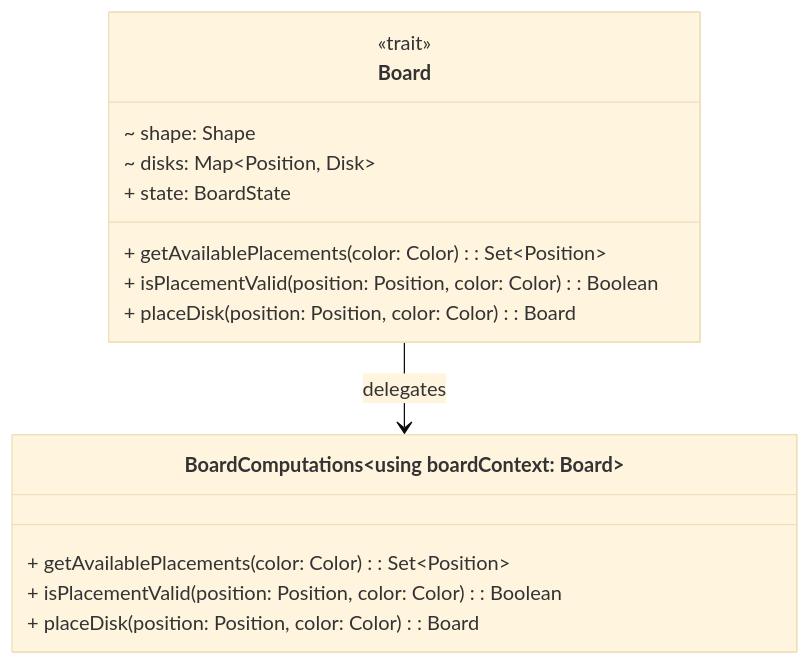
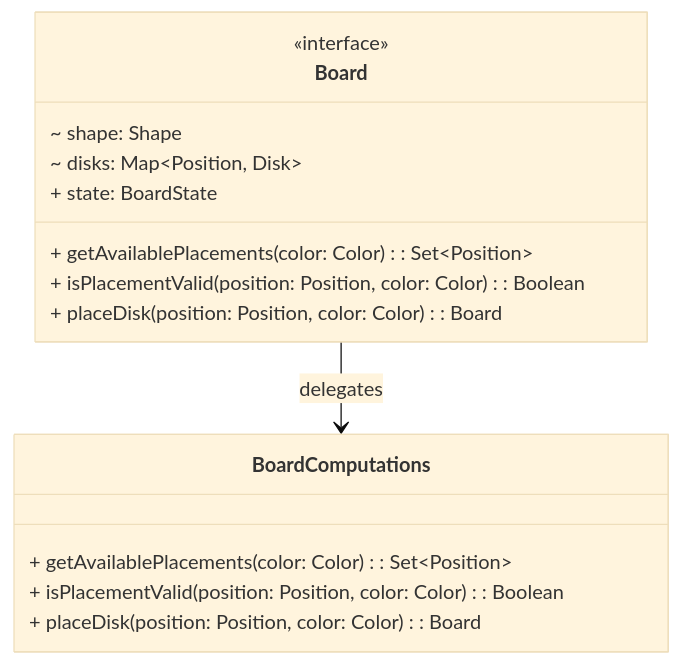
Before and after one commit to Borgotto/PPS-25-scalatello: the ninth of 11 diagrams in docs/report/4-detailed-design.md, drawn with Mermaid (base theme). The commit also changed other lines of this file, not shown here.

Commit message:
Change from trait to interface

````diff
--- a/docs/report/4-detailed-design.md
+++ b/docs/report/4-detailed-design.md
@@ -212,18 +212,18 @@
 ```mermaid
 classDiagram
   class Board {
-    <<trait>>
-		~ shape: Shape
+    <<interface>>
+	  ~ shape: Shape
     ~ disks: Map~Position, Disk~
     + state: BoardState
     + getAvailablePlacements(color: Color): Set~Position~
     + isPlacementValid(position: Position, color: Color): Boolean
     + placeDisk(position: Position, color: Color): Board
   }
-  class BoardComputations ~using boardContext: Board~ {
+  class BoardComputations {
     + getAvailablePlacements(color: Color): Set~Position~
     + isPlacementValid(position: Position, color: Color): Boolean
     + placeDisk(position: Position, color: Color): Board
   }
   Board --> BoardComputations: delegates
 ```
````
